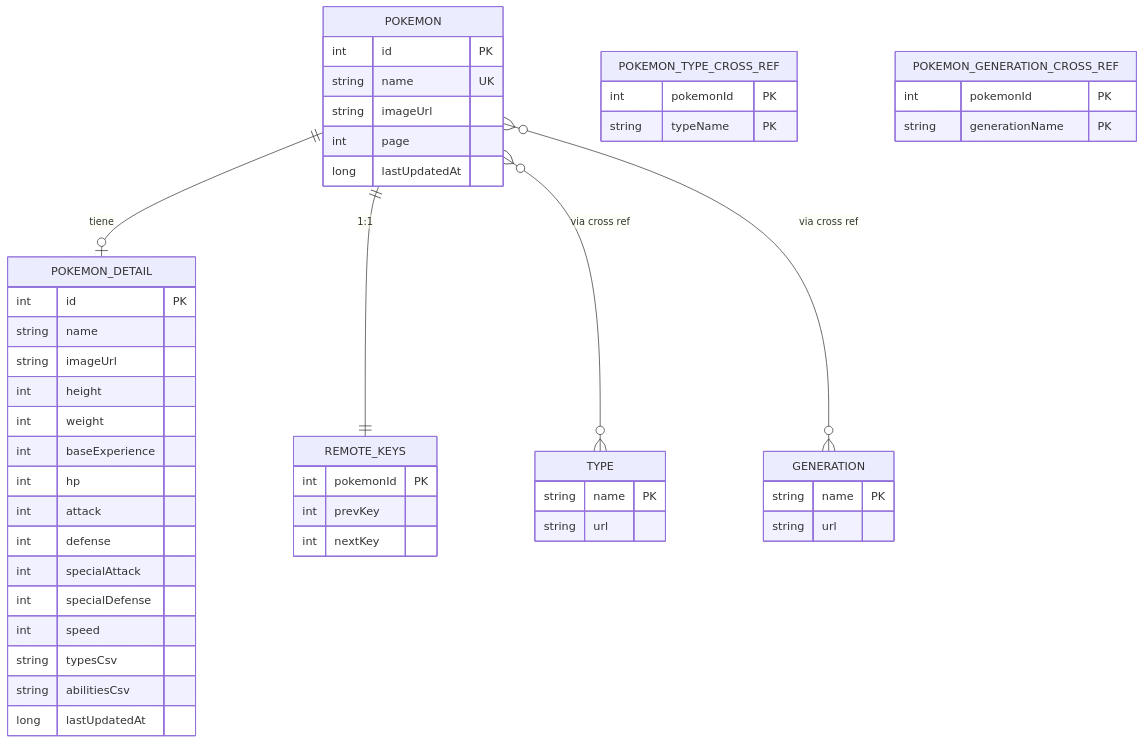
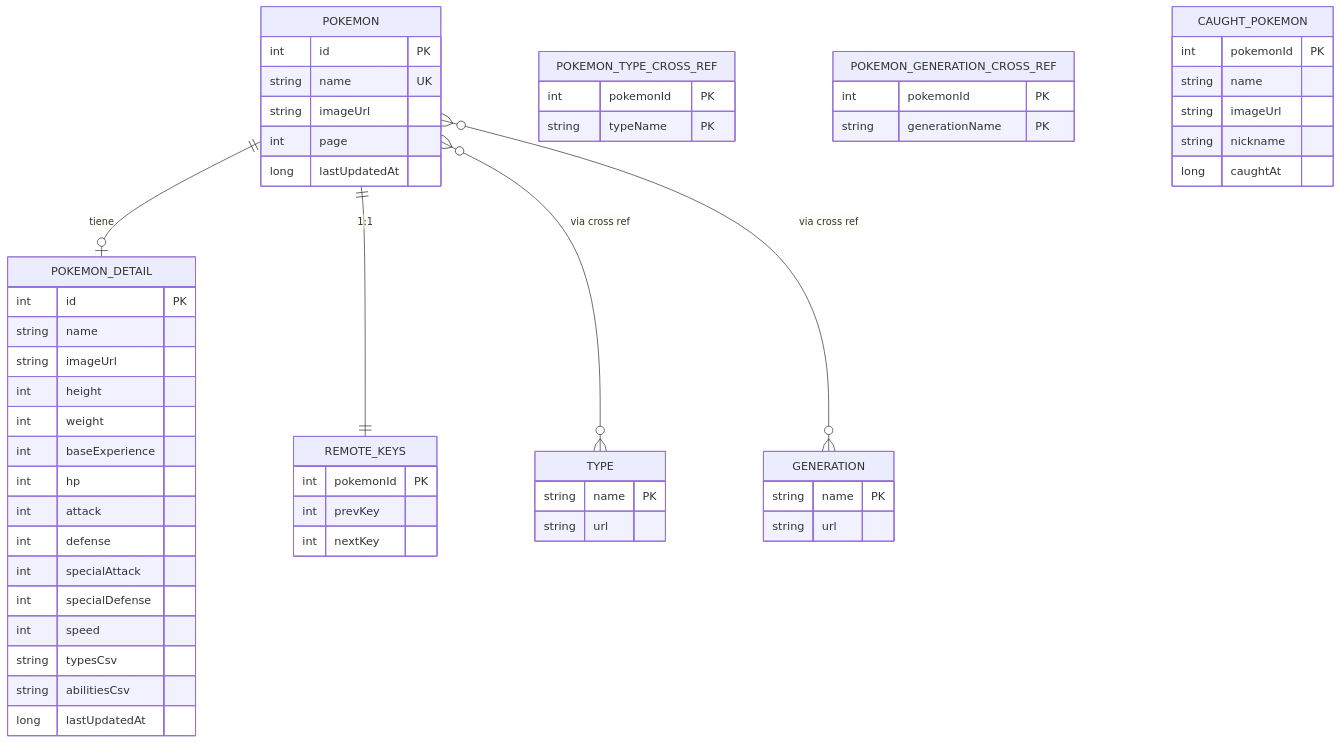
One commit to A-F-V-A/pokedex-android-compose changed the diagram in docs/03-database.md. Above: the diagram before and after it, drawn with Mermaid. The commit also changed other lines of this file and 7 other files, not shown here.

First line of the commit message:
docs: actualizar documentacion con 10 endpoints, tabla caught_pokemon y sistema de captura

````diff
--- a/docs/03-database.md
+++ b/docs/03-database.md
@@ -32,53 +33,60 @@
 ```mermaid
 erDiagram
     POKEMON ||--o| POKEMON_DETAIL : "tiene"
     POKEMON ||--|| REMOTE_KEYS : "1:1"
     POKEMON }o--o{ TYPE : "via cross ref"
     POKEMON }o--o{ GENERATION : "via cross ref"
 
     POKEMON {
         int id PK
         string name UK
         string imageUrl
         int page
         long lastUpdatedAt
     }
     POKEMON_DETAIL {
         int id PK
         string name
         string imageUrl
         int height
         int weight
         int baseExperience
         int hp
         int attack
         int defense
         int specialAttack
         int specialDefense
         int speed
         string typesCsv
         string abilitiesCsv
         long lastUpdatedAt
     }
     TYPE {
         string name PK
         string url
     }
     GENERATION {
         string name PK
         string url
     }
     POKEMON_TYPE_CROSS_REF {
         int pokemonId PK
         string typeName PK
     }
     POKEMON_GENERATION_CROSS_REF {
         int pokemonId PK
         string generationName PK
     }
     REMOTE_KEYS {
         int pokemonId PK
         int prevKey
         int nextKey
     }
+    CAUGHT_POKEMON {
+        int pokemonId PK
+        string name
+        string imageUrl
+        string nickname
+        long caughtAt
+    }
 ```
````
